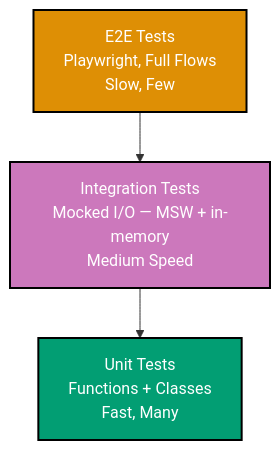
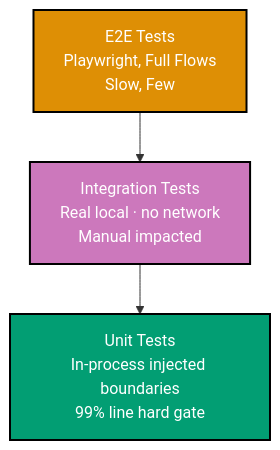
One commit to wahidyankf/open-sharia-fintech changed the second of 4 diagrams in docs/explanation/software-engineering/programming-languages/typescript/test-driven-development.md. Above: the diagram before and after it, drawn with Mermaid. The commit also changed other lines of this file and 2403 other files, not shown here.

````diff
--- a/docs/explanation/software-engineering/programming-languages/typescript/test-driven-development.md
+++ b/docs/explanation/software-engineering/programming-languages/typescript/test-driven-development.md
@@ -72,14 +72,14 @@
 ```mermaid
 %% Color Palette: Blue #0173B2, Orange #DE8F05, Teal #029E73, Purple #CC78BC, Brown #CA9161
 graph TB
     A["E2E Tests<br/>Playwright, Full Flows<br/>Slow, Few"]:::orange
-    B["Integration Tests<br/>Mocked I/O — MSW + in-memory<br/>Medium Speed"]:::purple
-    C["Unit Tests<br/>Functions + Classes<br/>Fast, Many"]:::teal
+    B["Integration Tests<br/>Real local · no network<br/>Manual impacted"]:::purple
+    C["Unit Tests<br/>In-process injected boundaries<br/>99% line hard gate"]:::teal
 
     A --> B
     B --> C
 
     classDef orange fill:#DE8F05,stroke:#000000,color:#FFFFFF,stroke-width:2px
     classDef purple fill:#CC78BC,stroke:#000000,color:#FFFFFF,stroke-width:2px
     classDef teal fill:#029E73,stroke:#000000,color:#FFFFFF,stroke-width:2px
 ```
````
